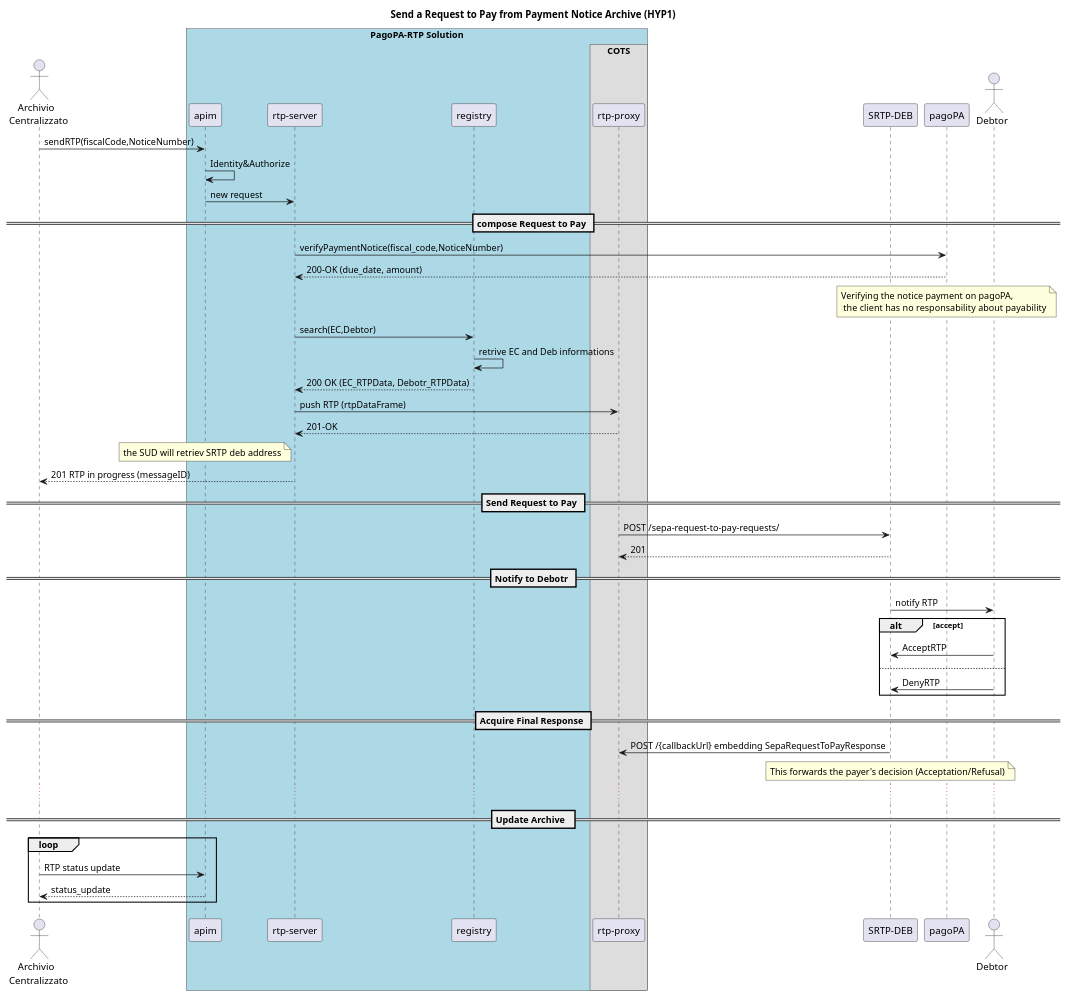
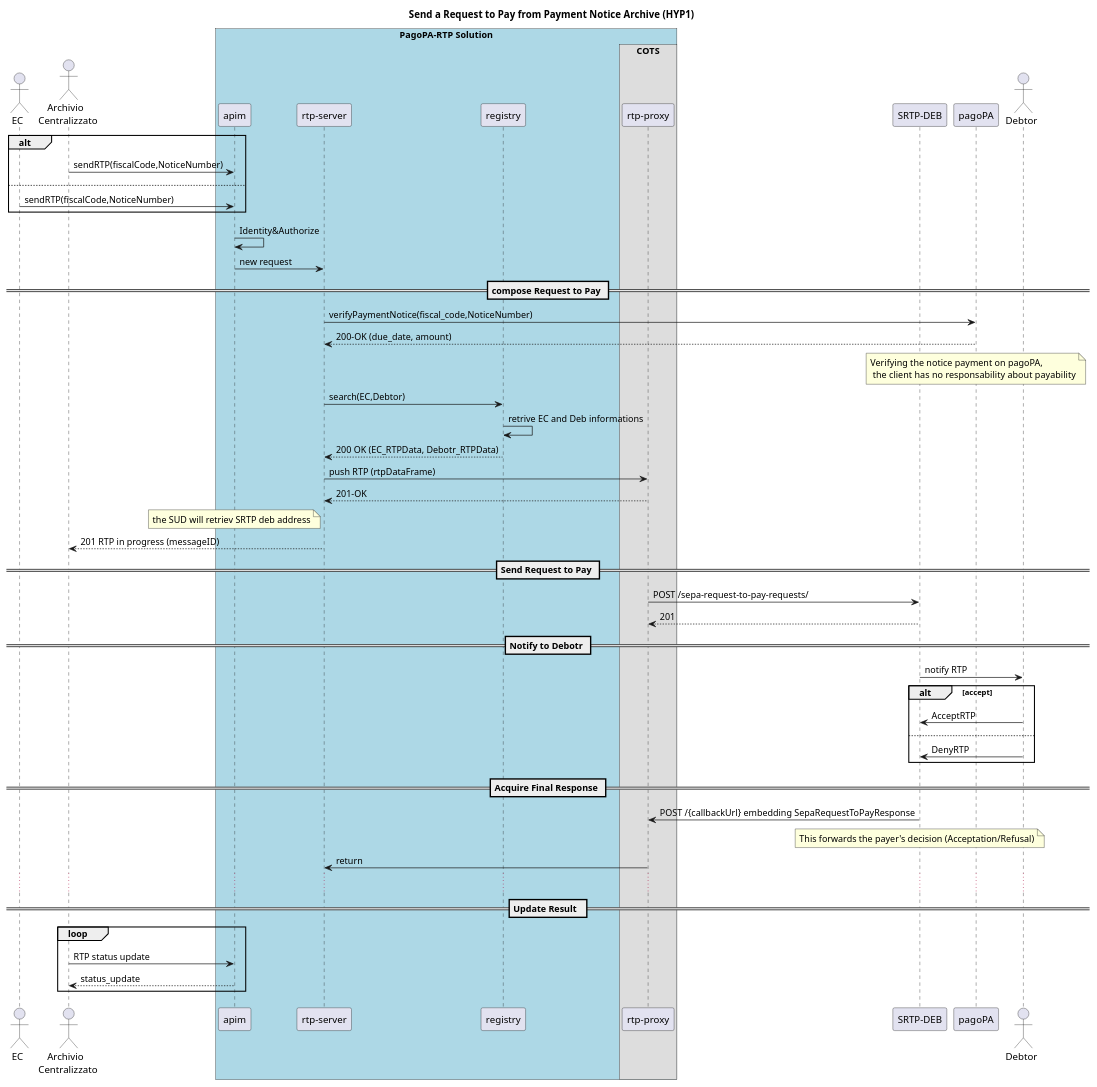
One commit to pagopa/mil-diags changed the diagram in rtp-hyp1/src/SD_Archivio_exploded.puml. Above: the diagram before and after it, drawn with PlantUML. The commit also changed 1 other file, not shown here.

Commit message:
merge archivio e EC

```diff
--- a/rtp-hyp1/src/SD_Archivio_exploded.puml
+++ b/rtp-hyp1/src/SD_Archivio_exploded.puml
@@ -1,59 +1,66 @@
 @startuml
 title : Send a Request to Pay from Payment Notice Archive (HYP1) 
-actor ec as "Archivio \n Centralizzato"
+actor ec as "EC"
+actor archivio as "Archivio \n Centralizzato"
 
 !pragma teoz true
 box "PagoPA-RTP Solution" #LightBlue
 participant rtp as "apim"
 participant us1 as "rtp-server" 
 participant data as "registry"
 box "COTS"
 participant us2 as "rtp-proxy"
 end box 
 end box
 
 
 
 participant srtp_deb as "SRTP-DEB"
 
 participant pagopa as "pagoPA"
 actor deb as "Debtor"
 
+alt 
+archivio -> rtp : sendRTP(fiscalCode,NoticeNumber)
+else 
 ec -> rtp : sendRTP(fiscalCode,NoticeNumber)
+end 
+
 rtp -> rtp : Identity&Authorize
 rtp -> us1 : new request
 
 == compose Request to Pay == 
 us1 -> pagopa : verifyPaymentNotice(fiscal_code,NoticeNumber)
 pagopa --> us1 : 200-OK (due_date, amount)
 note over pagopa: Verifying the notice payment on pagoPA,\n the client has no  responsability about payability
 us1 -> data : search(EC,Debtor)
 data -> data : retrive EC and Deb informations
 data --> us1 : 200 OK (EC_RTPData, Debotr_RTPData)
 us1 -> us2 : push RTP (rtpDataFrame)
 us2 --> us1 : 201-OK
 
 note over rtp: the SUD will retriev SRTP deb address 
 
 
-us1 --> ec : 201 RTP in progress (messageID)
+us1 --> archivio : 201 RTP in progress (messageID)
 == Send Request to Pay == 
 us2 -> srtp_deb : POST /sepa-request-to-pay-requests/
 srtp_deb --> us2 : 201
 == Notify to Debotr ==
 srtp_deb -> deb : notify RTP
 alt accept 
 deb -> srtp_deb : AcceptRTP
 else 
 deb -> srtp_deb: DenyRTP
 end
 == Acquire Final Response == 
 srtp_deb -> us2 : POST /{callbackUrl} embedding SepaRequestToPayResponse
 note over srtp_deb : This forwards the payer's decision (Acceptation/Refusal)
+us2 -> us1 : return
 ...
-== Update Archive  == 
+== Update Result  == 
 loop 
-ec -> rtp : RTP status update
-rtp --> ec: status_update
+archivio -> rtp : RTP status update
+rtp --> archivio: status_update
 end
 @enduml
```
